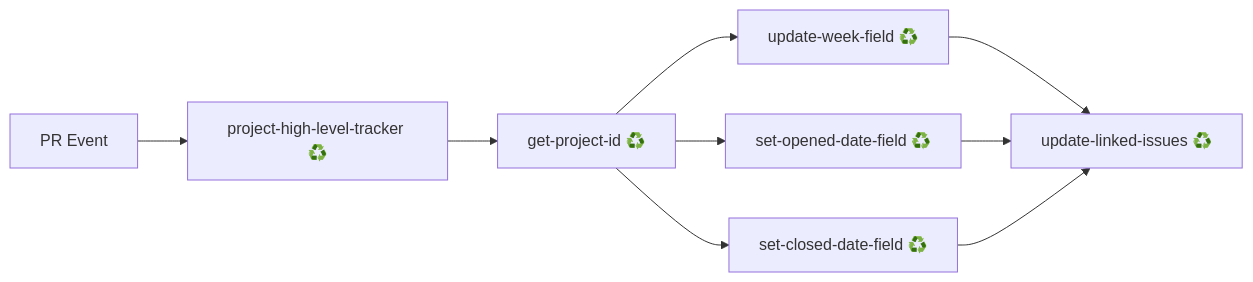
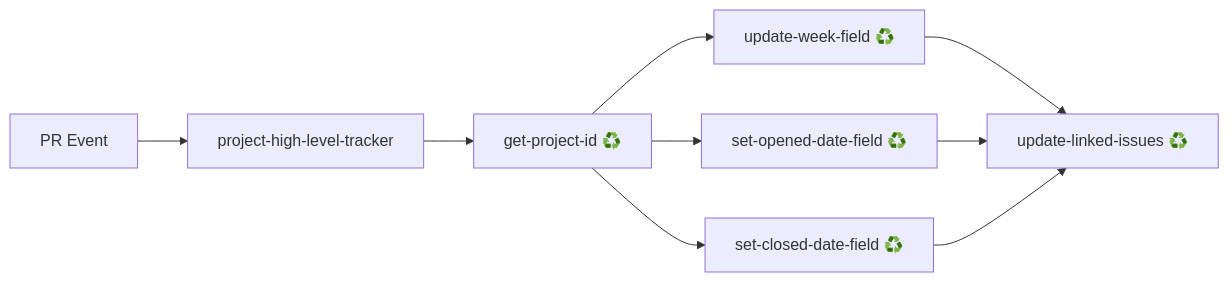
One commit to rapidsai/shared-workflows changed the diagram in docs/project-automation-readme.md. Above: the diagram before and after it, drawn with Mermaid.

````diff
--- a/docs/project-automation-readme.md
+++ b/docs/project-automation-readme.md
@@ -30,11 +30,11 @@
 ```mermaid
 flowchart LR
-    A[PR Event] --> B[project-high-level-tracker ♻️]
+    A[PR Event] --> B[project-high-level-tracker]
     B --> E[get-project-id ♻️]
     E --> H[update-week-field ♻️]
     E --> I[set-opened-date-field ♻️]
     E --> J[set-closed-date-field ♻️]
     H --> K[update-linked-issues ♻️]
     I --> K
     J --> K
 ```
````
